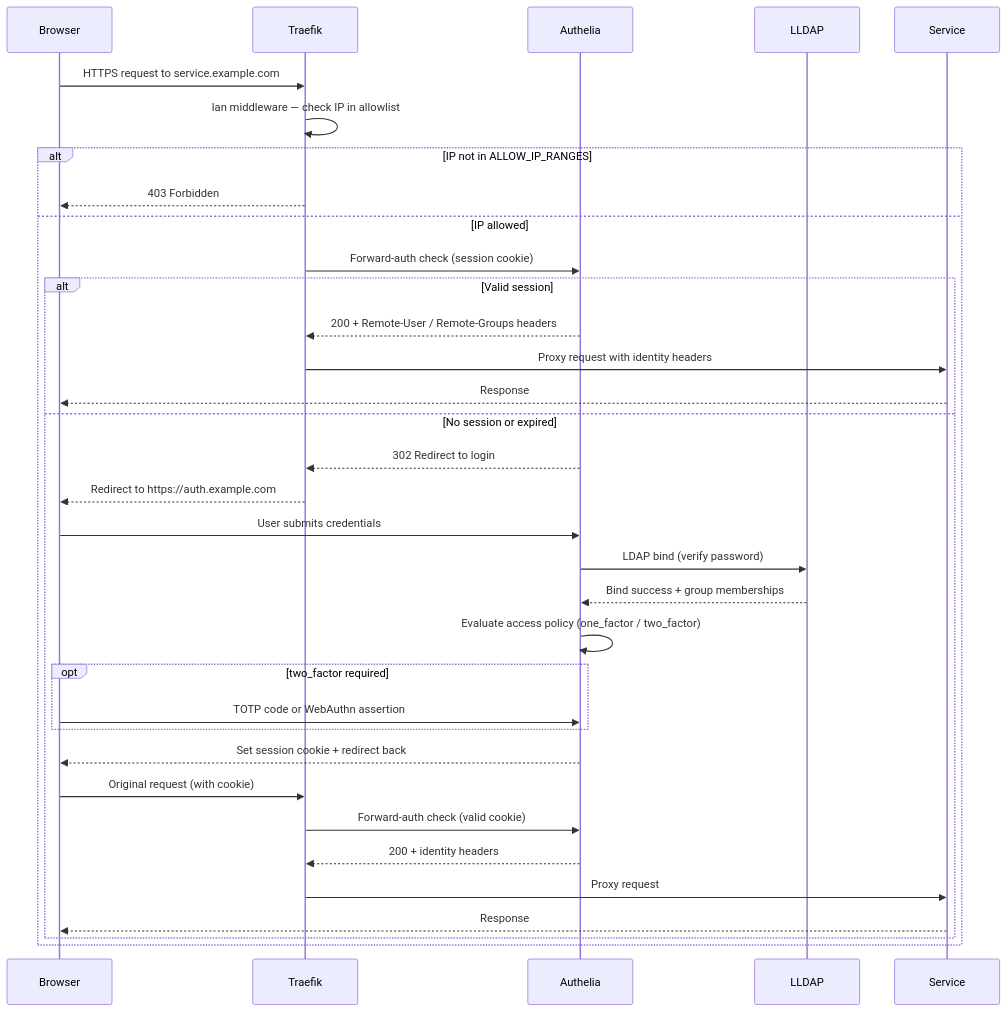
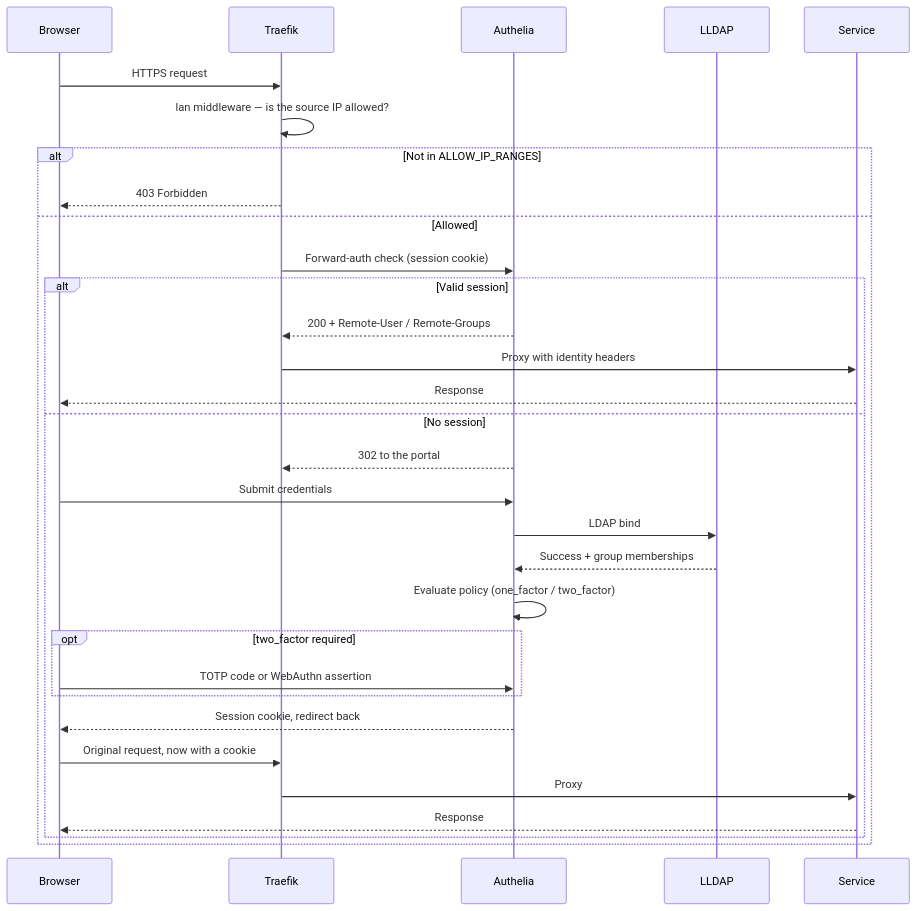
One commit to florianajir/pi-web changed the first of 2 diagrams in docs/SECURITY.md. Above: the diagram before and after it, drawn with Mermaid. The commit also changed other lines of this file and 15 other files, not shown here.

````diff
--- a/docs/SECURITY.md
+++ b/docs/SECURITY.md
@@ -30,38 +19,34 @@
 ```mermaid
 sequenceDiagram
     participant B as Browser
     participant T as Traefik
     participant A as Authelia
     participant L as LLDAP
     participant S as Service
 
-    B->>T: HTTPS request to service.example.com
-    T->>T: lan middleware — check IP in allowlist
-
-    alt IP not in ALLOW_IP_RANGES
+    B->>T: HTTPS request
+    T->>T: lan middleware — is the source IP allowed?
+    alt Not in ALLOW_IP_RANGES
         T-->>B: 403 Forbidden
-    else IP allowed
+    else Allowed
         T->>A: Forward-auth check (session cookie)
         alt Valid session
-            A-->>T: 200 + Remote-User / Remote-Groups headers
-            T->>S: Proxy request with identity headers
+            A-->>T: 200 + Remote-User / Remote-Groups
+            T->>S: Proxy with identity headers
             S-->>B: Response
-        else No session or expired
-            A-->>T: 302 Redirect to login
-            T-->>B: Redirect to https://auth.example.com
-            B->>A: User submits credentials
-            A->>L: LDAP bind (verify password)
-            L-->>A: Bind success + group memberships
-            A->>A: Evaluate access policy (one_factor / two_factor)
+        else No session
+            A-->>T: 302 to the portal
+            B->>A: Submit credentials
+            A->>L: LDAP bind
+            L-->>A: Success + group memberships
+            A->>A: Evaluate policy (one_factor / two_factor)
             opt two_factor required
                 B->>A: TOTP code or WebAuthn assertion
             end
-            A-->>B: Set session cookie + redirect back
-            B->>T: Original request (with cookie)
-            T->>A: Forward-auth check (valid cookie)
-            A-->>T: 200 + identity headers
-            T->>S: Proxy request
+            A-->>B: Session cookie, redirect back
+            B->>T: Original request, now with a cookie
+            T->>S: Proxy
             S-->>B: Response
         end
     end
 ```
````
